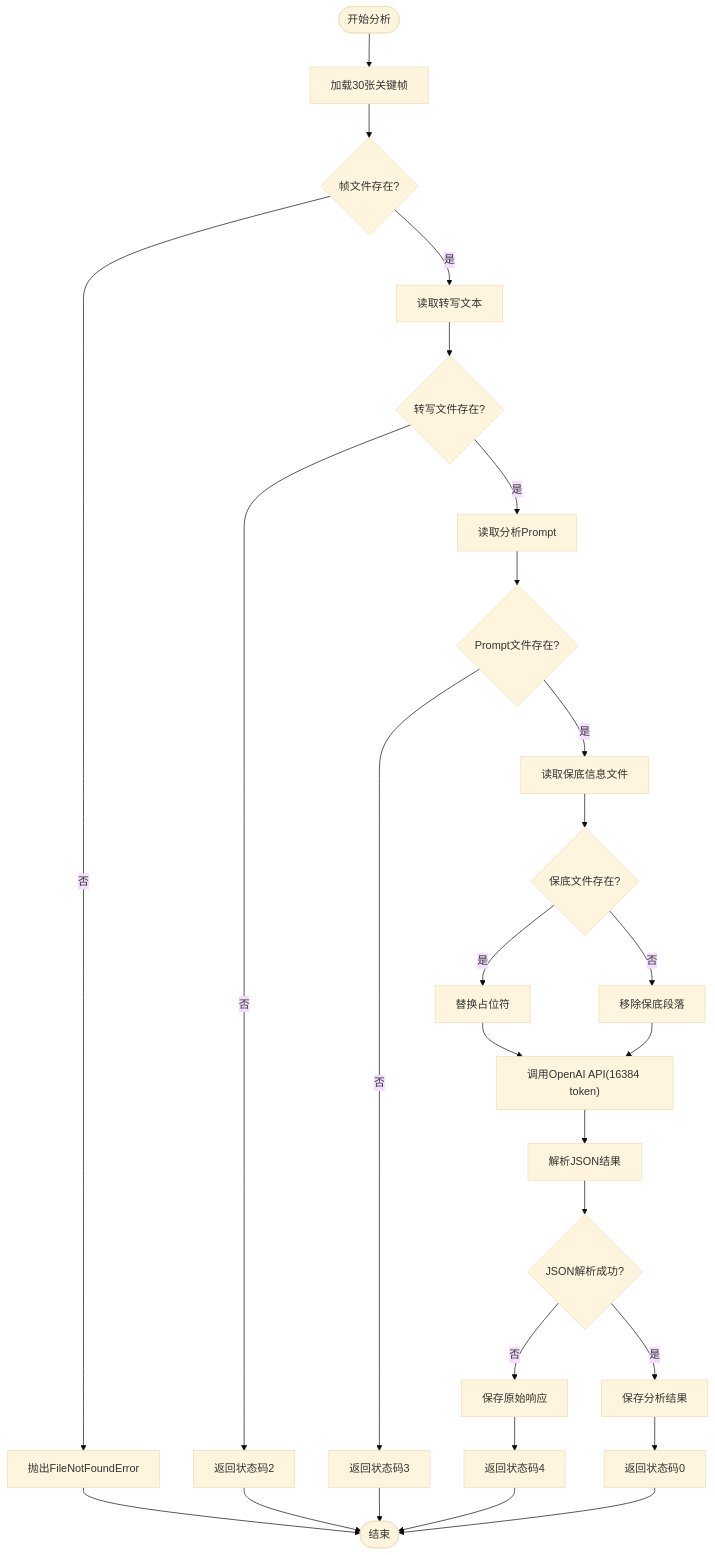
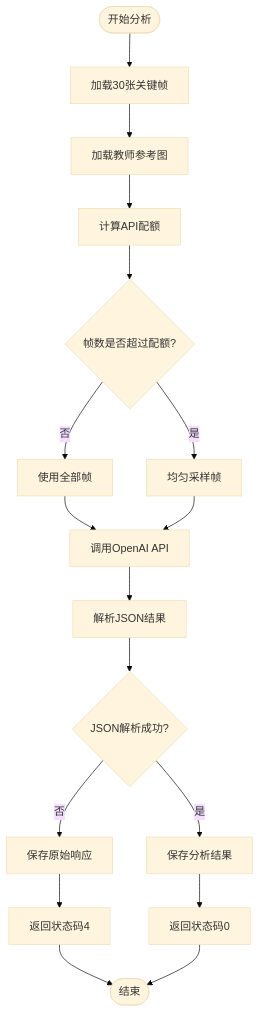
Before and after one commit to WongMingJiu/landingpage-test-hero-page: the third of 8 diagrams in .qoder/repowiki/zh/content/核心模块详解/多模态分析模块.md, drawn with Mermaid (base theme). The commit also changed other lines of this file and 6 other files, not shown here.

````diff
--- a/.qoder/repowiki/zh/content/核心模块详解/多模态分析模块.md
+++ b/.qoder/repowiki/zh/content/核心模块详解/多模态分析模块.md
@@ -171,29 +183,19 @@
 ```mermaid
 flowchart TD
 Start([开始分析]) --> LoadFrames["加载30张关键帧"]
-LoadFrames --> CheckFrames{"帧文件存在?"}
-CheckFrames --> |否| Error1["抛出FileNotFoundError"]
-CheckFrames --> |是| LoadTranscript["读取转写文本"]
-LoadTranscript --> CheckTranscript{"转写文件存在?"}
-CheckTranscript --> |否| Error2["返回状态码2"]
-CheckTranscript --> |是| LoadPrompt["读取分析Prompt"]
-LoadPrompt --> CheckPrompt{"Prompt文件存在?"}
-CheckPrompt --> |否| Error3["返回状态码3"]
-CheckPrompt --> |是| LoadFallback["读取保底信息文件"]
-LoadFallback --> CheckFallback{"保底文件存在?"}
-CheckFallback --> |是| ReplacePlaceholder["替换占位符"]
-CheckFallback --> |否| RemoveSection["移除保底段落"]
-ReplacePlaceholder --> CallAPI["调用OpenAI API(16384 token)"]
-RemoveSection --> CallAPI
+LoadFrames --> LoadTeacherRefs["加载教师参考图"]
+LoadTeacherRefs --> CalcQuota["计算API配额"]
+CalcQuota --> CheckQuota{"帧数是否超过配额?"}
+CheckQuota --> |否| SampleAll["使用全部帧"]
+CheckQuota --> |是| SampleFrames["均匀采样帧"]
+SampleAll --> CallAPI["调用OpenAI API"]
+SampleFrames --> CallAPI
 CallAPI --> ParseJSON["解析JSON结果"]
 ParseJSON --> CheckJSON{"JSON解析成功?"}
 CheckJSON --> |否| SaveRaw["保存原始响应"]
 CheckJSON --> |是| SaveResult["保存分析结果"]
 SaveRaw --> Error4["返回状态码4"]
 SaveResult --> Success["返回状态码0"]
-Error1 --> End([结束])
-Error2 --> End
-Error3 --> End
-Error4 --> End
+Error4 --> End([结束])
 Success --> End
 ```
````
